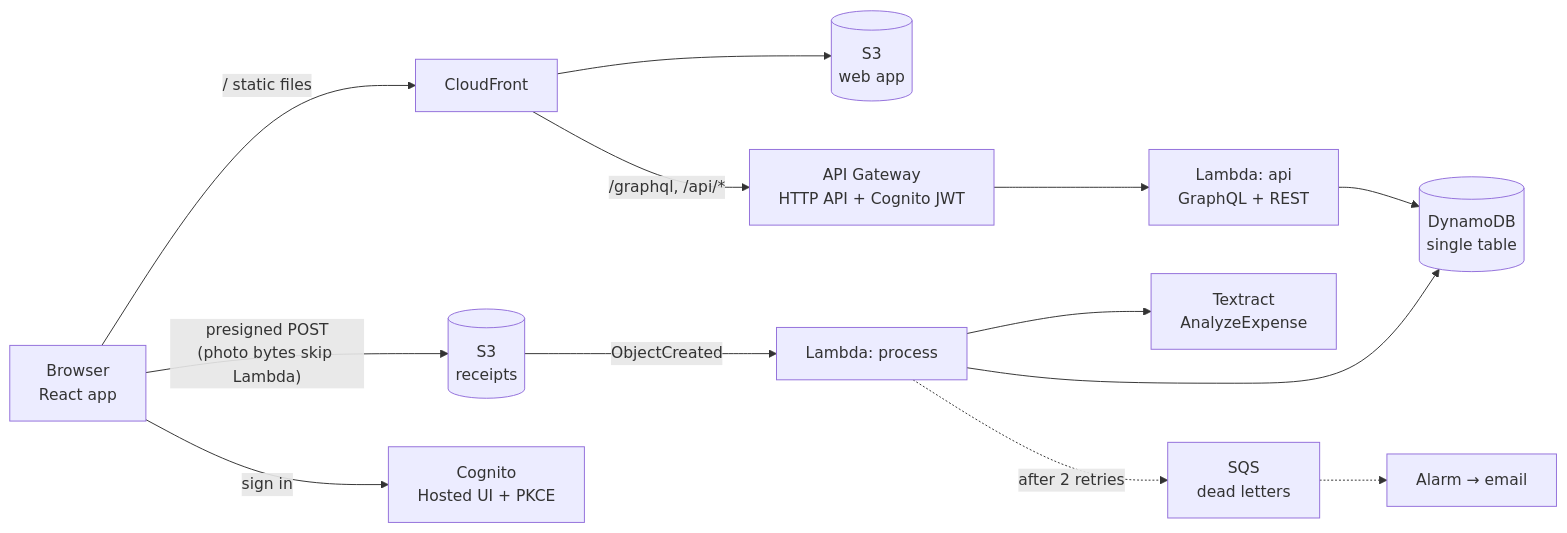
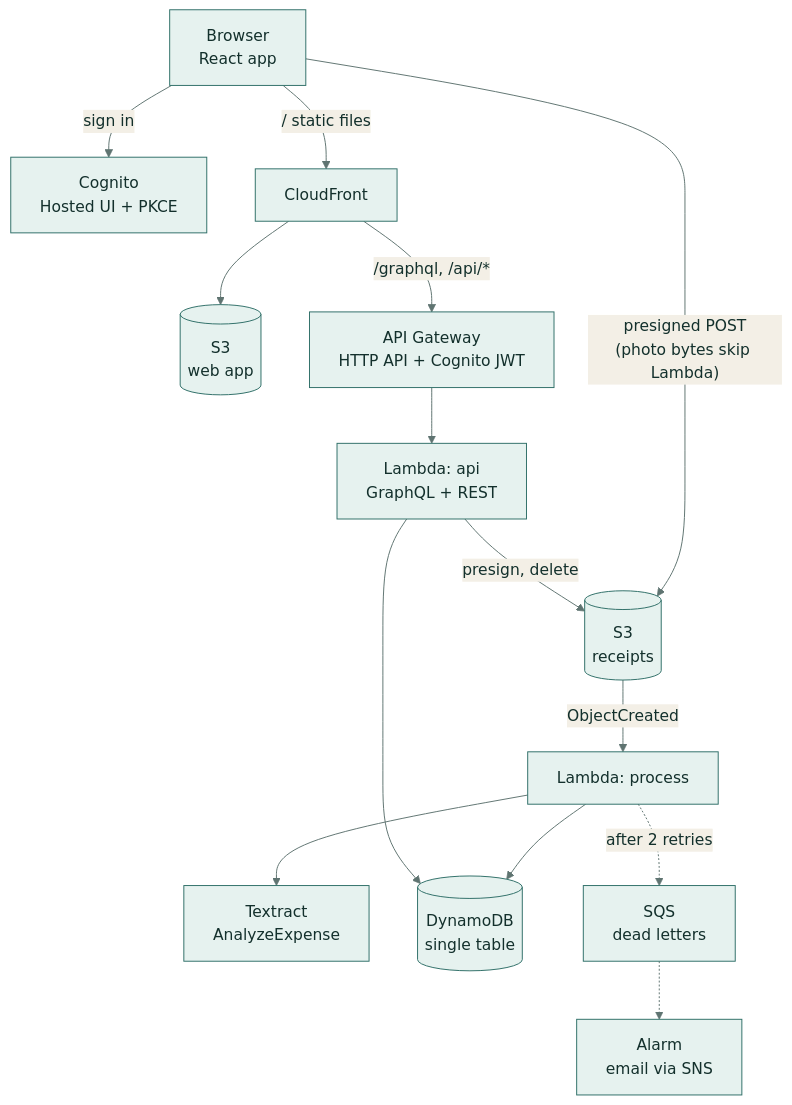
One commit to samiulhuda360/receipt-box changed the first of 2 diagrams in README.md. Above: the diagram before and after it, drawn with Mermaid. The commit also changed other lines of this file and 4 other files, not shown here.

Commit message:
Docs: complete guide with architecture, flow, setup and evaluation

````diff
--- a/README.md
+++ b/README.md
@@ -42,15 +30,30 @@
 ```mermaid
-flowchart LR
-  B["Browser<br/>React app"] -->|"/  static files"| CF["CloudFront"]
-  CF --> WEB[("S3<br/>web app")]
-  CF -->|"/graphql, /api/*"| AGW["API Gateway<br/>HTTP API + Cognito JWT"]
-  AGW --> API["Lambda: api<br/>GraphQL + REST"]
-  API --> DDB[("DynamoDB<br/>single table")]
-  B -->|"presigned POST<br/>(photo bytes skip Lambda)"| S3[("S3<br/>receipts")]
-  S3 -->|ObjectCreated| PROC["Lambda: process"]
-  PROC --> TX["Textract<br/>AnalyzeExpense"]
+%%{init: {"theme": "base", "themeVariables": {"primaryColor": "#e6f2ef", "primaryBorderColor": "#2f6f68", "primaryTextColor": "#13302c", "lineColor": "#5f7471", "secondaryColor": "#f3efe6", "tertiaryColor": "#f7f8f6"}}}%%
+flowchart TD
+  B["Browser<br/>React app"]
+  COG["Cognito<br/>Hosted UI + PKCE"]
+  CF["CloudFront"]
+  WEB[("S3<br/>web app")]
+  AGW["API Gateway<br/>HTTP API + Cognito JWT"]
+  API["Lambda: api<br/>GraphQL + REST"]
+  S3[("S3<br/>receipts")]
+  PROC["Lambda: process"]
+  TX["Textract<br/>AnalyzeExpense"]
+  DDB[("DynamoDB<br/>single table")]
+  DLQ["SQS<br/>dead letters"]
+  AL["Alarm<br/>email via SNS"]
+
+  B -->|"sign in"| COG
+  B -->|"/ static files"| CF
+  CF --> WEB
+  CF -->|"/graphql, /api/*"| AGW
+  AGW --> API
+  API --> DDB
+  API -->|"presign, delete"| S3
+  B -->|"presigned POST<br/>(photo bytes skip Lambda)"| S3
+  S3 -->|"ObjectCreated"| PROC
+  PROC --> TX
   PROC --> DDB
-  PROC -.->|"after 2 retries"| DLQ["SQS<br/>dead letters"]
-  DLQ -.-> AL["Alarm → email"]
-  B -->|sign in| COG["Cognito<br/>Hosted UI + PKCE"]
+  PROC -.->|"after 2 retries"| DLQ
+  DLQ -.-> AL
 ```
````
